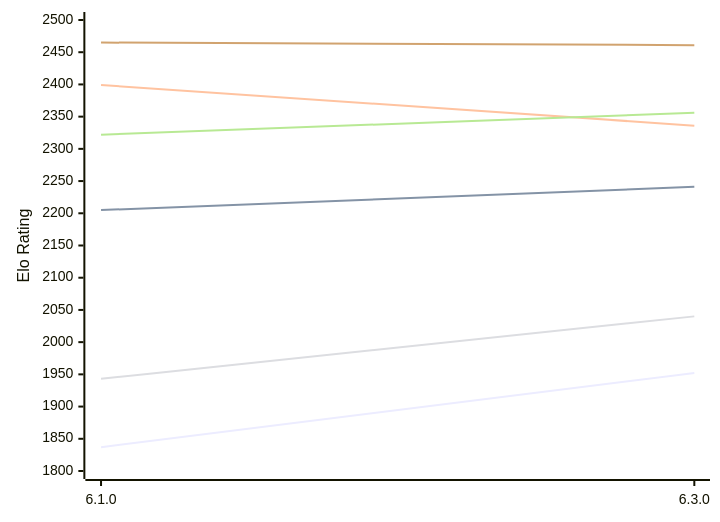
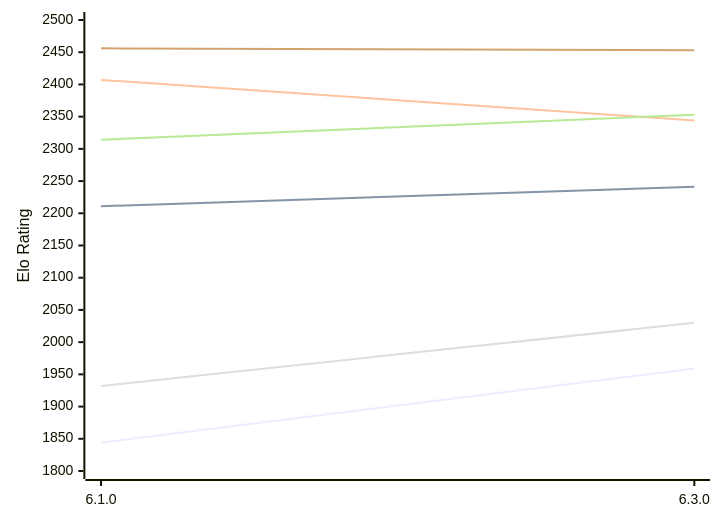
Before and after one commit to computer-chess-index/cci: the diagram in engines/Luminex.md, drawn with Mermaid. The commit also changed other lines of this file, not shown here.

Commit message:
Update CCI Ratings (ELO VLTC) - 2026-11-06

````diff
--- a/engines/Luminex.md
+++ b/engines/Luminex.md
@@ -49,12 +49,12 @@
 ```mermaid
 %%{init: {"theme":"base","themeVariables":{"seriesColors:['#a3a3a3','#222221','#faa371']}}}%%
 xychart-beta
   x-axis ["6.1.0", "6.3.0"]
   y-axis "Elo Rating" 1800 --> 2500
-  line "E1: STC (8.0+0.08s)" [1837, 1952]
-  line "E1: LTC (60.0+0.60s)" [2205, 2241]
-  line "E1: VLTC (2m24s+1.12s)" [2399, 2336]
-  line "P1: STC (8.0+0.08s)" [1943, 2040]
-  line "P1: LTC (60.0+0.60s)" [2322, 2356]
-  line "P1: VLTC (2m24s+1.12s)" [2465, 2461]
+  line "E1: STC (8.0+0.08s)" [1844, 1959]
+  line "E1: LTC (60.0+0.60s)" [2211, 2241]
+  line "E1: VLTC (2m24s+1.12s)" [2407, 2344]
+  line "P1: STC (8.0+0.08s)" [1932, 2030]
+  line "P1: LTC (60.0+0.60s)" [2314, 2353]
+  line "P1: VLTC (2m24s+1.12s)" [2456, 2453]
 ```
````
